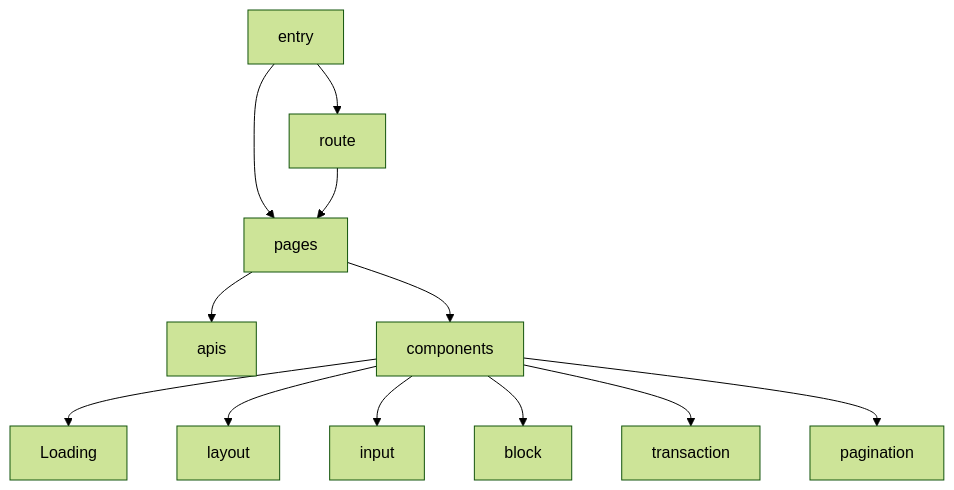
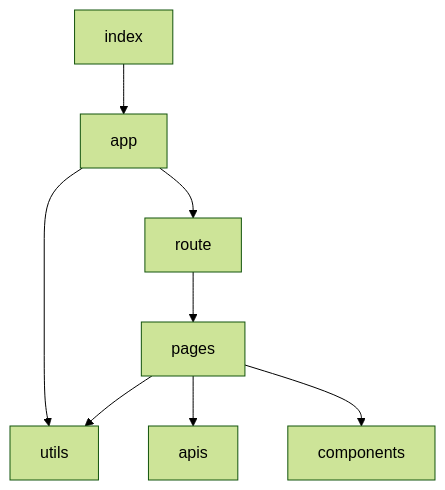
The diagram in 开发文档/开发文档.md (showwwwww/block-transaction-demo), drawn with Mermaid (forest theme) before and after one commit. The commit also changed other lines of this file and 11 other files, not shown here.

````diff
--- a/开发文档/开发文档.md
+++ b/开发文档/开发文档.md
@@ -50,15 +50,11 @@
 ```mermaid
 graph TD
-entry --> route[route]
-entry --> pages[pages]
+index --> app
+app --> route
+app --> utils
 route --> pages
-pages --> apis[apis]
-pages --> components[components]
-components --> loading[Loading]
-components --> layout[layout]
-components --> input[input]
-components --> block[block]
-components --> transaction[transaction]
-components --> pagination[pagination]
+pages --> utils
+pages --> apis
+pages --> components
 
 ```
````
